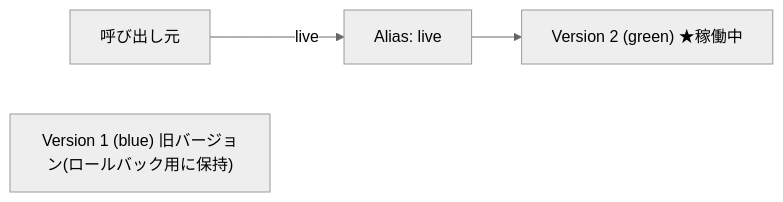
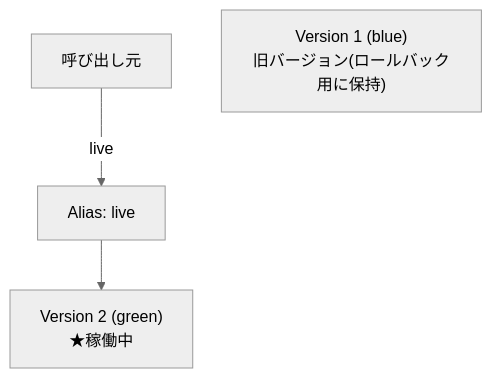
The fourth of 4 diagrams in docs/PLAN.md (takyafumin/aws-lambada-blue-green-deploy), drawn with Mermaid (neutral theme) before and after one commit. The commit also changed other lines of this file, not shown here.

First line of the commit message:
Mermaid図を見やすく整理(subgraph廃止、TD方向に変更)

````diff
--- a/docs/PLAN.md
+++ b/docs/PLAN.md
@@ -135,6 +118,6 @@
 ```mermaid
-flowchart LR
+flowchart TD
     Caller2["呼び出し元"] -->|live| Alias2["Alias: live"]
-    Alias2 --> V2b["Version 2 (green) ★稼働中"]
-    V1b["Version 1 (blue) 旧バージョン(ロールバック用に保持)"]
+    Alias2 --> V2b["Version 2 (green)<br/>★稼働中"]
+    V1b["Version 1 (blue)<br/>旧バージョン(ロールバック用に保持)"]
 ```
````
